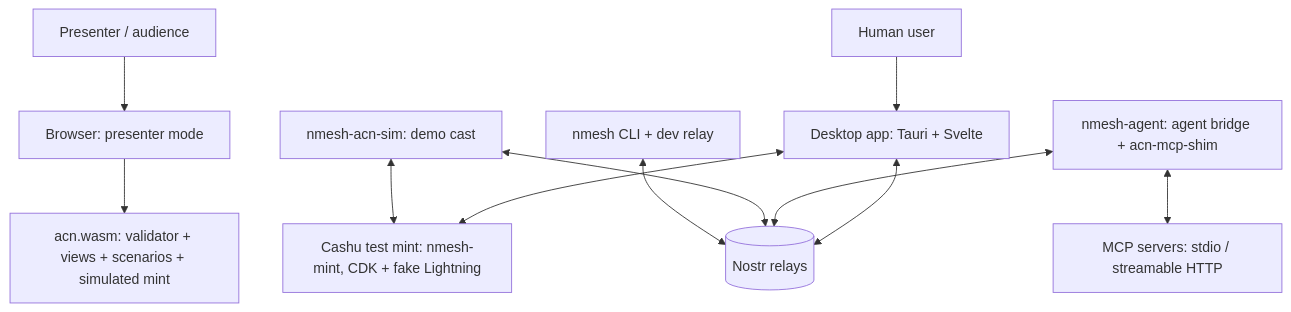
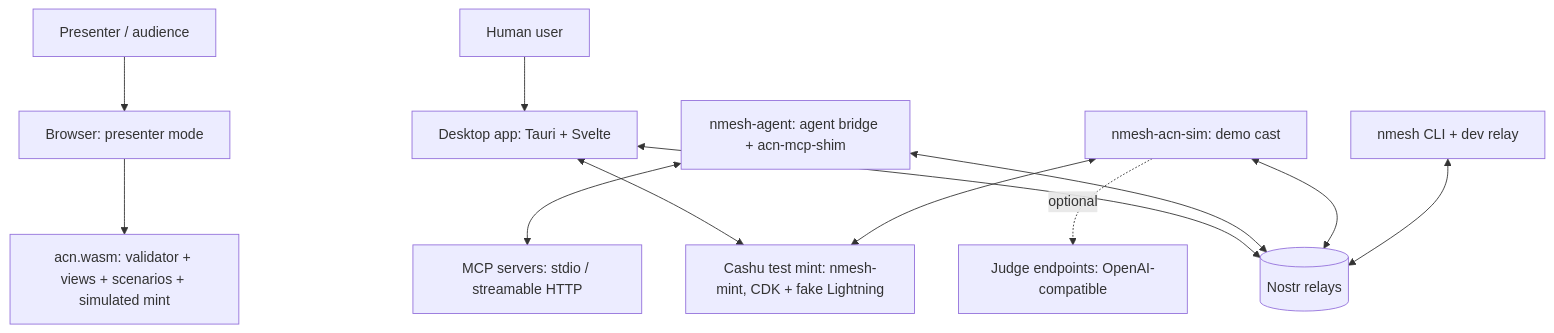
The first of 9 diagrams in docs/ARCHITECTURE.md (ilabra-axo/acn), drawn with Mermaid before and after one commit. The commit also changed other lines of this file and 18 other files, not shown here.

````diff
--- a/docs/ARCHITECTURE.md
+++ b/docs/ARCHITECTURE.md
@@ -23,13 +23,14 @@
 ```mermaid
 flowchart TB
     H[Human user] --> D[Desktop app: Tauri + Svelte]
     P[Presenter / audience] --> B[Browser: presenter mode]
     D <--> R[(Nostr relays)]
     AB[nmesh-agent: agent bridge + acn-mcp-shim] <--> R
     SIM[nmesh-acn-sim: demo cast] <--> R
     AB <--> M[MCP servers: stdio / streamable HTTP]
     CLI[nmesh CLI + dev relay] <--> R
     B --> W[acn.wasm: validator + views + scenarios + simulated mint]
     D <--> MI[Cashu test mint: nmesh-mint, CDK + fake Lightning]
     SIM <--> MI
+    SIM -. optional .-> J[Judge endpoints: OpenAI-compatible]
 ```
````
